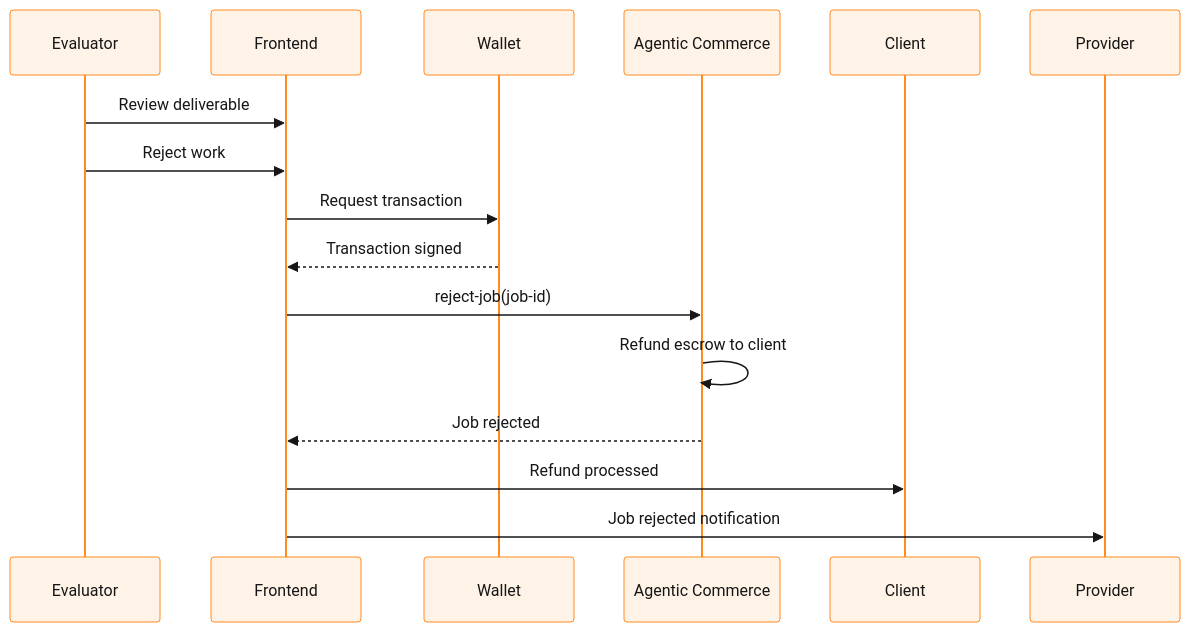
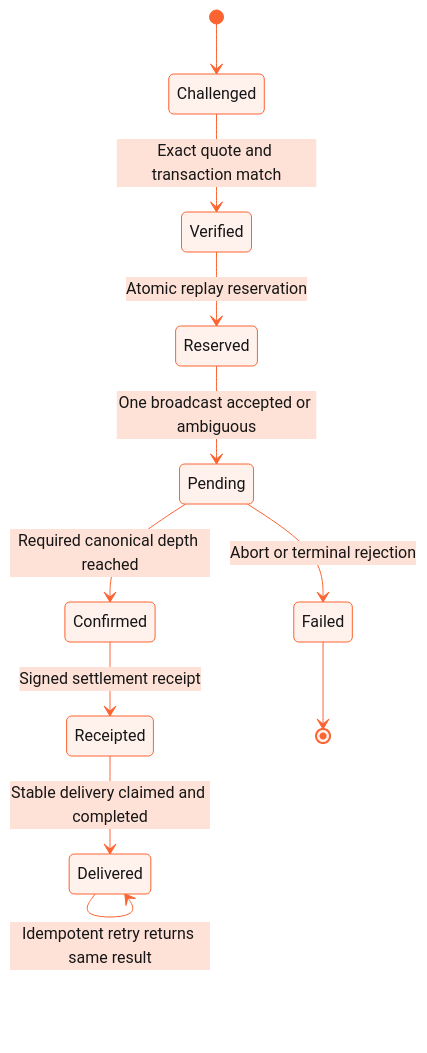
The fifth of 5 diagrams in README.md (PerkOS-xyz/PerkOS-Nayori), drawn with Mermaid before and after one commit. The commit also changed other lines of this file and 1 other file, not shown here.

Commit message:
docs: publish enterprise architecture hub

````diff
--- a/README.md
+++ b/README.md
@@ -279,19 +420,14 @@
 ```mermaid
-%%{init: {'theme':'base','themeVariables':{'primaryColor':'#FFF3E8','primaryBorderColor':'#FF8A1E','primaryTextColor':'#161616','noteBkgColor':'#FFE8D1','noteTextColor':'#7A3D00','noteBorderColor':'#FF8A1E','actorBkg':'#FFF3E8','actorBorder':'#FF8A1E','actorTextColor':'#161616'}}}%%
-sequenceDiagram
-    participant Evaluator
-    participant Frontend
-    participant Wallet
-    participant AC as Agentic Commerce
-    participant Client
-
-    Evaluator->>Frontend: Review deliverable
-    Evaluator->>Frontend: Reject work
-    Frontend->>Wallet: Request transaction
-    Wallet-->>Frontend: Transaction signed
-    Frontend->>AC: reject-job(job-id)
-    AC->>AC: Refund escrow to client
-    AC-->>Frontend: Job rejected
-    Frontend->>Client: Refund processed
-    Frontend->>Provider: Job rejected notification
+%%{init: {'theme':'base','themeVariables':{'primaryColor':'#FFF1EB','primaryBorderColor':'#FC6432','primaryTextColor':'#161616','secondaryColor':'#FFE2D7','tertiaryColor':'#FFF8F5','lineColor':'#FC6432','labelBackground':'#FFF8F5','fontFamily':'Inter, Arial, sans-serif'}}}%%
+stateDiagram-v2
+  [*] --> Challenged
+  Challenged --> Verified: Exact quote and transaction match
+  Verified --> Reserved: Atomic replay reservation
+  Reserved --> Pending: One broadcast accepted or ambiguous
+  Pending --> Confirmed: Required canonical depth reached
+  Pending --> Failed: Abort or terminal rejection
+  Confirmed --> Receipted: Signed settlement receipt
+  Receipted --> Delivered: Stable delivery claimed and completed
+  Delivered --> Delivered: Idempotent retry returns same result
+  Failed --> [*]
 ```
````
